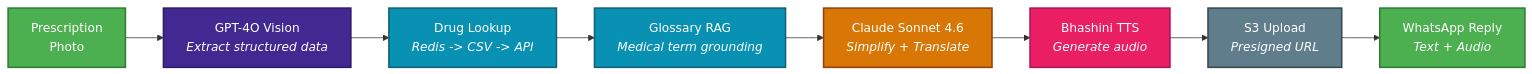
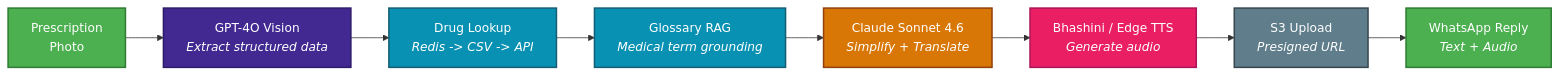
The second of 3 diagrams in README.md (nishantgaurav23/SehatSamjho), drawn with Mermaid before and after one commit. The commit also changed other lines of this file and 22 other files, not shown here.

First line of the commit message:
feat: add web interface + Edge TTS fallback (S14.1-S14.3)

````diff
--- a/README.md
+++ b/README.md
@@ -159,21 +169,21 @@
 ```mermaid
 flowchart LR
     A["Prescription<br/>Photo"]:::input
     B["GPT-4O Vision<br/><i>Extract structured data</i>"]:::openai
     C["Drug Lookup<br/><i>Redis -> CSV -> API</i>"]:::data
     D["Glossary RAG<br/><i>Medical term grounding</i>"]:::data
     E["Claude Sonnet 4.6<br/><i>Simplify + Translate</i>"]:::anthropic
-    F["Bhashini TTS<br/><i>Generate audio</i>"]:::tts
+    F["Bhashini / Edge TTS<br/><i>Generate audio</i>"]:::tts
     G["S3 Upload<br/><i>Presigned URL</i>"]:::storage
     H["WhatsApp Reply<br/><i>Text + Audio</i>"]:::output
 
     A --> B --> C --> D --> E --> F --> G --> H
 
     classDef input fill:#4CAF50,stroke:#2E7D32,stroke-width:2px,color:#fff
     classDef openai fill:#412991,stroke:#2D1B69,stroke-width:2px,color:#fff
     classDef anthropic fill:#D97706,stroke:#92400E,stroke-width:2px,color:#fff
     classDef data fill:#0891B2,stroke:#155E75,stroke-width:2px,color:#fff
     classDef tts fill:#E91E63,stroke:#AD1457,stroke-width:2px,color:#fff
     classDef storage fill:#607D8B,stroke:#37474F,stroke-width:2px,color:#fff
     classDef output fill:#4CAF50,stroke:#2E7D32,stroke-width:2px,color:#fff
 ```
````
